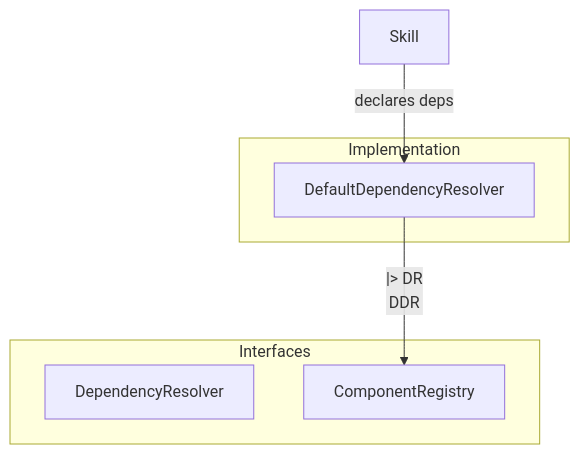
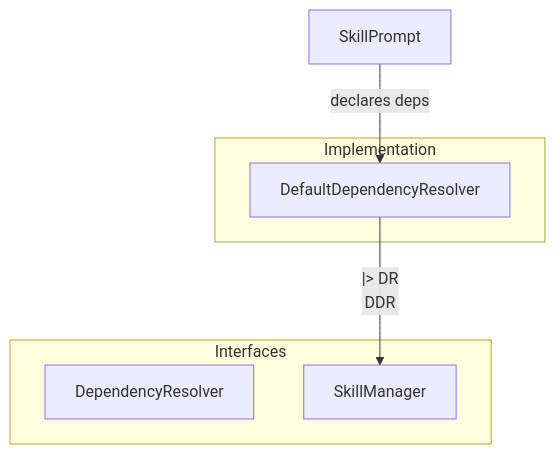
One commit to opensassi/a0 changed the first of 2 diagrams in src/dependency_resolver.spec.md. Above: the diagram before and after it, drawn with Mermaid. The commit also changed other lines of this file and 40 other files, not shown here.

````diff
--- a/src/dependency_resolver.spec.md
+++ b/src/dependency_resolver.spec.md
@@ -44,13 +56,13 @@
 ```mermaid
 graph TB
     subgraph Interfaces
         DR[DependencyResolver]
-        CR[ComponentRegistry]
+        SM[SkillManager]
     end
     subgraph Implementation
         DDR[DefaultDependencyResolver]
     end
     DDR --|> DR
-    DDR --> CR
-    Skill[Skill] -- declares deps --> DDR
+    DDR --> SM
+    Skill[SkillPrompt] -- declares deps --> DDR
 ```
````
